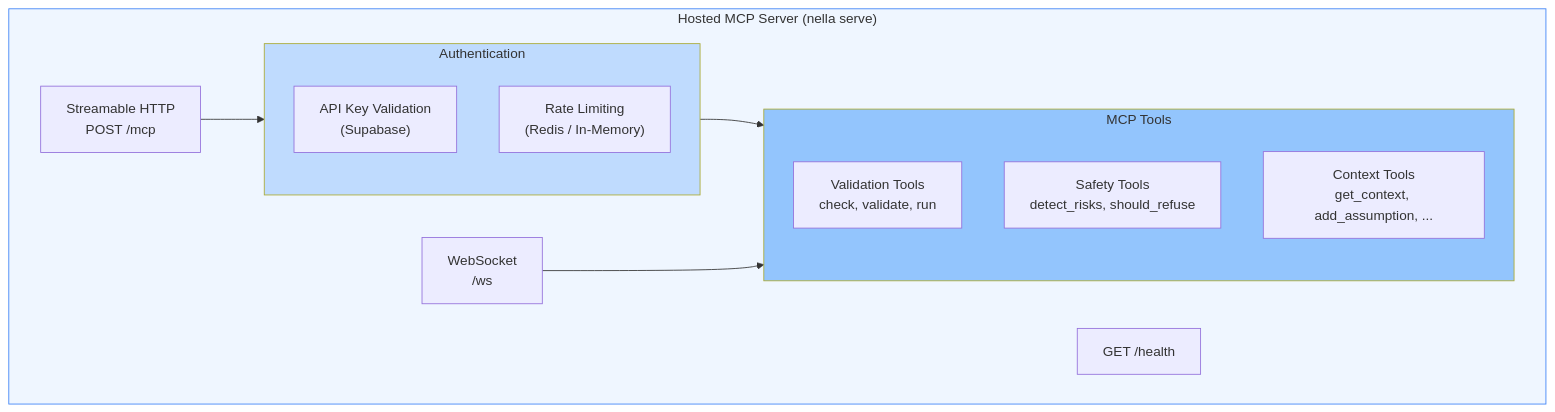
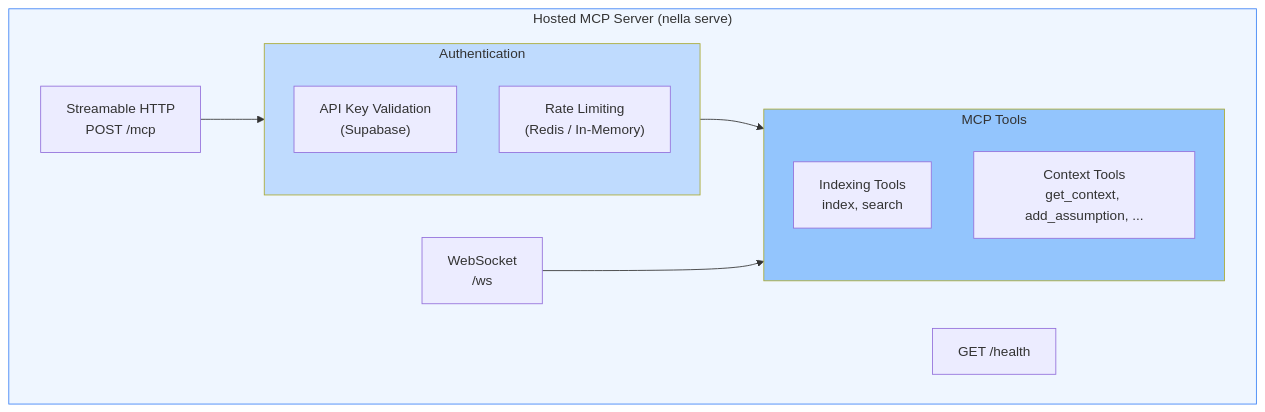
Before and after one commit to nella-labs/nella: the third of 4 diagrams in docs/architecture/mcp-server.md, drawn with Mermaid. The commit also changed other lines of this file and 23 other files, not shown here.

````diff
--- a/docs/architecture/mcp-server.md
+++ b/docs/architecture/mcp-server.md
@@ -130,27 +106,26 @@
 ```mermaid
 graph TB
     subgraph HostedServer["Hosted MCP Server (nella serve)"]
         HTTP["Streamable HTTP<br/>POST /mcp"]
         Health["GET /health"]
         WS["WebSocket<br/>/ws"]
 
         subgraph Auth["Authentication"]
             APIKey["API Key Validation<br/>(Supabase)"]
             RateLimit["Rate Limiting<br/>(Redis / In-Memory)"]
         end
 
         subgraph Tools["MCP Tools"]
-            Validation["Validation Tools<br/>check, validate, run"]
-            SafetyTools["Safety Tools<br/>detect_risks, should_refuse"]
+            IndexingTools["Indexing Tools<br/>index, search"]
             ContextTools["Context Tools<br/>get_context, add_assumption, ..."]
         end
     end
 
     HTTP --> Auth
     Auth --> Tools
     WS --> Tools
 
     style HostedServer fill:#eff6ff,stroke:#3b82f6
     style Auth fill:#bfdbfe
     style Tools fill:#93c5fd
 ```
````
